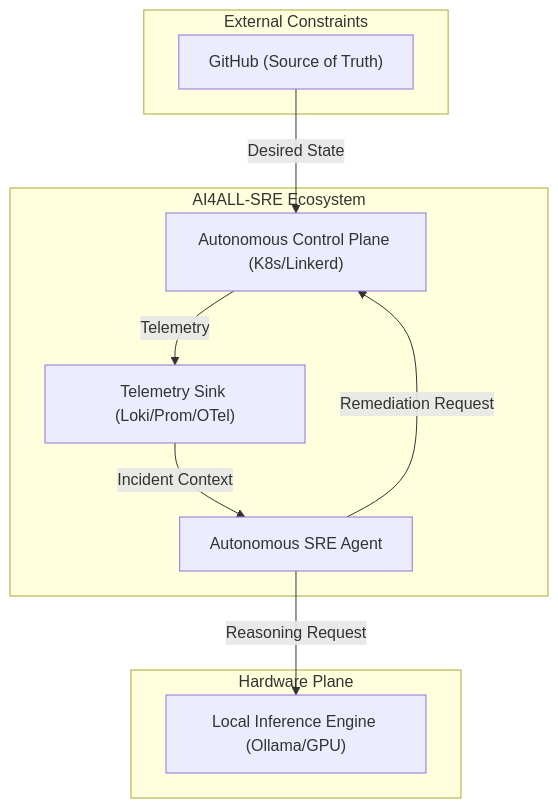
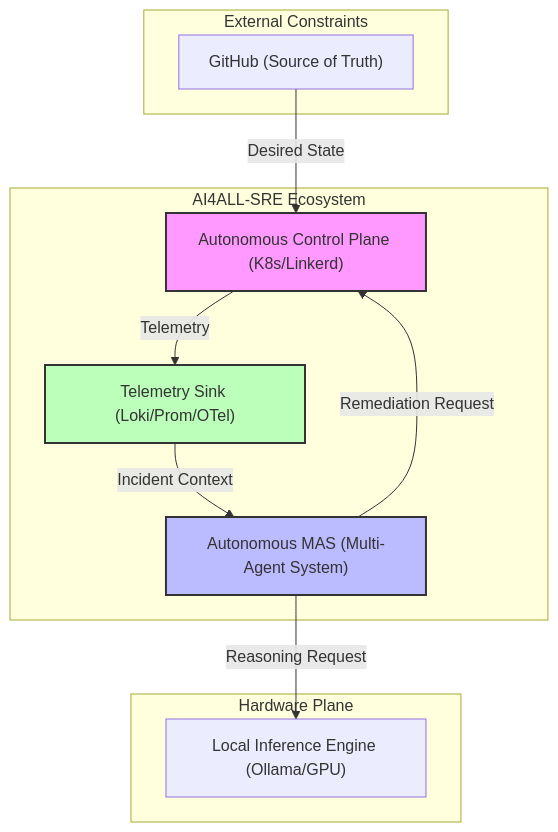
The first of 2 diagrams in ARCHITECTURE.md (fbscotta369/ai4all-sre), drawn with Mermaid before and after one commit. The commit also changed other lines of this file and 21 other files, not shown here.

Commit message:
feat: implement IaC Power Probe autonomous resilience fixes and AI agent refactoring

````diff
--- a/ARCHITECTURE.md
+++ b/ARCHITECTURE.md
@@ -9,22 +22,25 @@
 ```mermaid
 graph TD
     subgraph "External Constraints"
         GH["GitHub (Source of Truth)"]
     end
 
     subgraph "AI4ALL-SRE Ecosystem"
         CP["Autonomous Control Plane (K8s/Linkerd)"]
-        Agent["Autonomous SRE Agent"]
+        Agent["Autonomous MAS (Multi-Agent System)"]
         Sink["Telemetry Sink (Loki/Prom/OTel)"]
     end
 
     subgraph "Hardware Plane"
         Inference["Local Inference Engine (Ollama/GPU)"]
     end
 
     GH -->|Desired State| CP
     CP -->|Telemetry| Sink
     Sink -->|Incident Context| Agent
     Agent -->|Remediation Request| CP
     Agent -->|Reasoning Request| Inference
+    style CP fill:#f9f,stroke:#333,stroke-width:2px
+    style Agent fill:#bbf,stroke:#333,stroke-width:2px
+    style Sink fill:#bfb,stroke:#333,stroke-width:2px
 ```
````
